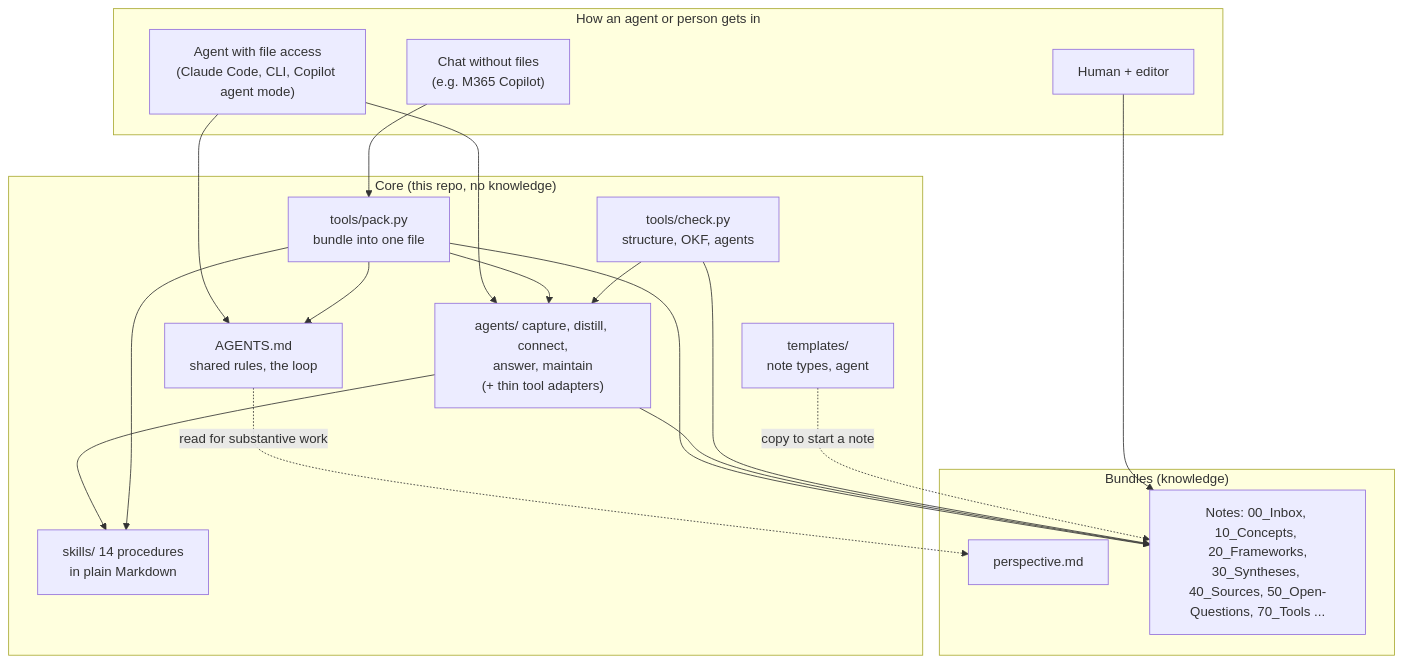
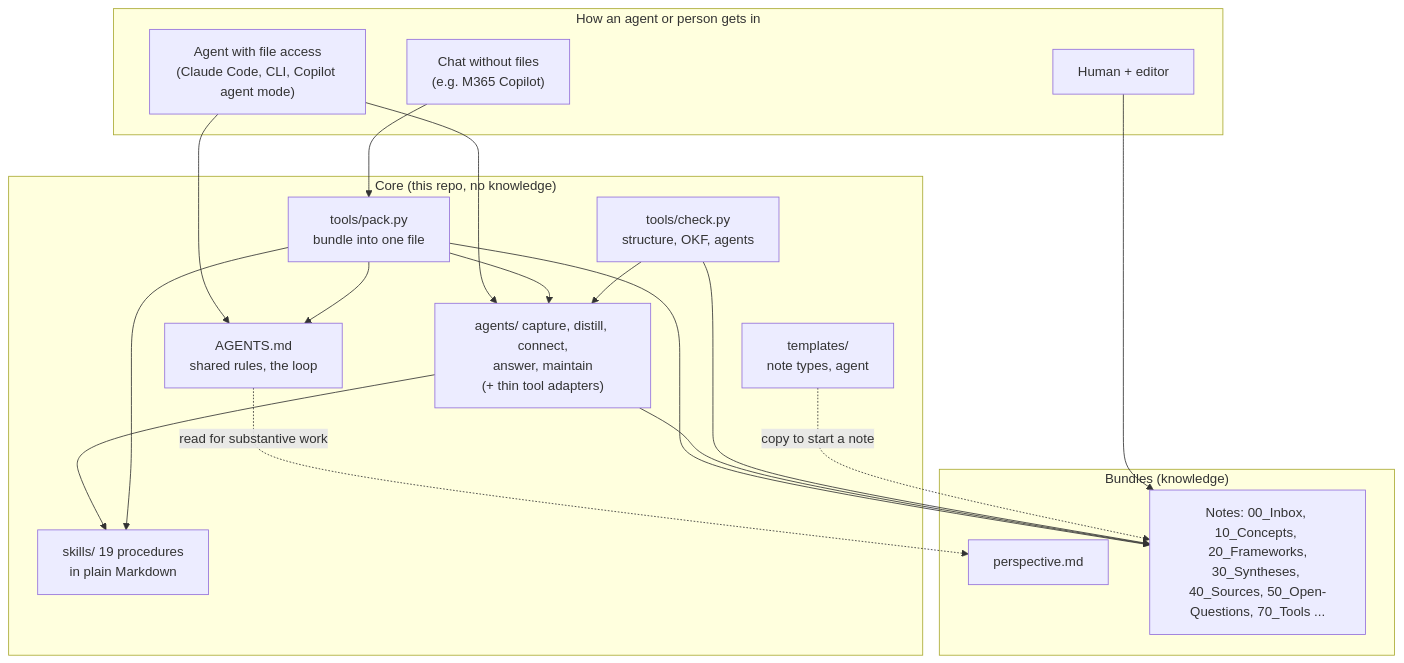
Before and after one commit to danib8005/Zettelkasten-hub: the first of 2 diagrams in docs/architecture.md, drawn with Mermaid. The commit also changed other lines of this file and 8 other files, not shown here.

````diff
--- a/docs/architecture.md
+++ b/docs/architecture.md
@@ -12,34 +12,34 @@
 ```mermaid
 flowchart TB
   subgraph Interfaces["How an agent or person gets in"]
     FA["Agent with file access<br/>(Claude Code, CLI, Copilot agent mode)"]
     CH["Chat without files<br/>(e.g. M365 Copilot)"]
     HU["Human + editor"]
   end
   subgraph Core["Core (this repo, no knowledge)"]
     AG["AGENTS.md<br/>shared rules, the loop"]
     AN["agents/ capture, distill, connect,<br/>answer, maintain<br/>(+ thin tool adapters)"]
-    SK["skills/ 14 procedures<br/>in plain Markdown"]
+    SK["skills/ 19 procedures<br/>in plain Markdown"]
     TP["templates/<br/>note types, agent"]
     CK["tools/check.py<br/>structure, OKF, agents"]
     PK["tools/pack.py<br/>bundle into one file"]
   end
   subgraph Data["Bundles (knowledge)"]
     PE["perspective.md"]
     NT["Notes: 00_Inbox, 10_Concepts, 20_Frameworks,<br/>30_Syntheses, 40_Sources, 50_Open-Questions, 70_Tools ..."]
   end
   FA --> AG
   FA --> AN
   AN --> SK
   CH --> PK
   PK --> AG
   PK --> AN
   PK --> SK
   PK --> NT
   AN --> NT
   AG -.read for substantive work.-> PE
   HU --> NT
   CK --> NT
   CK --> AN
   TP -.copy to start a note.-> NT
 ```
````
